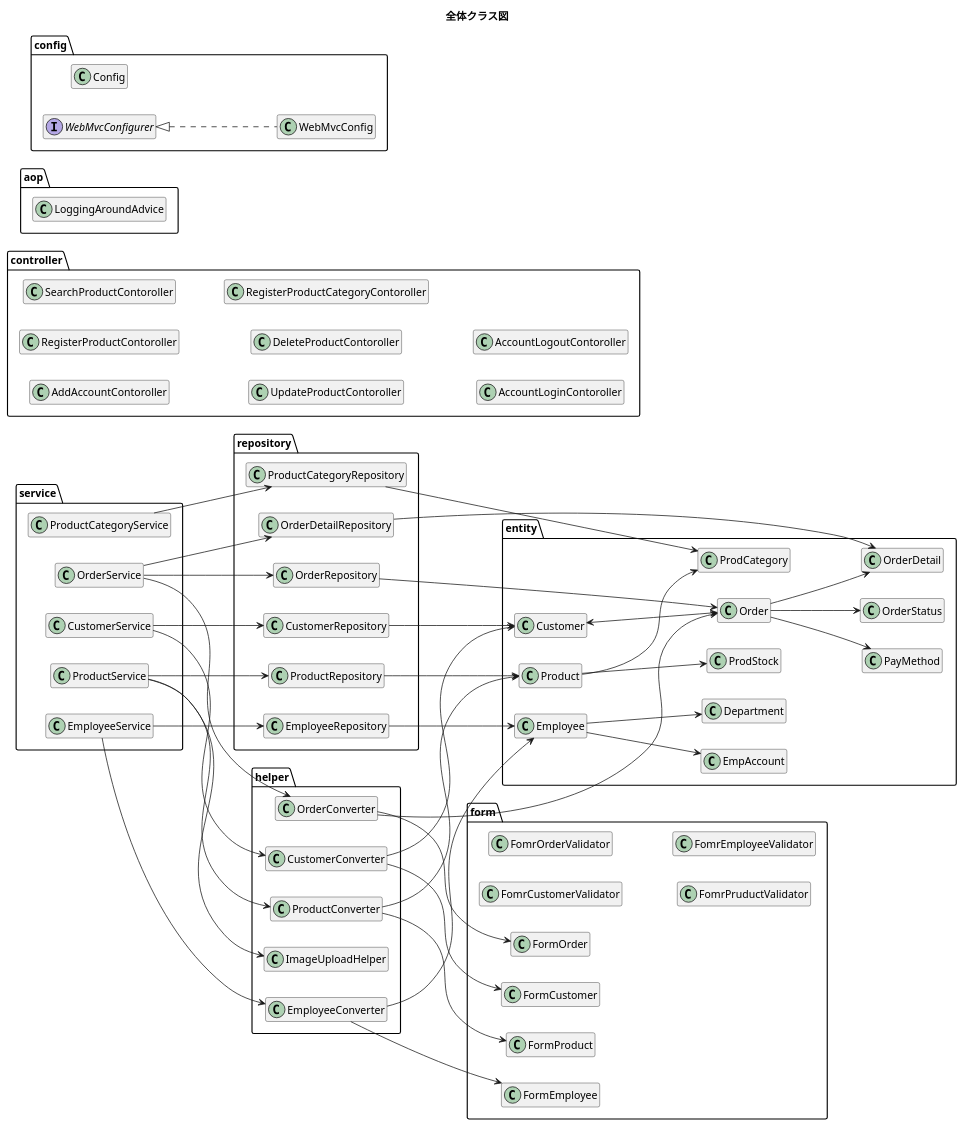
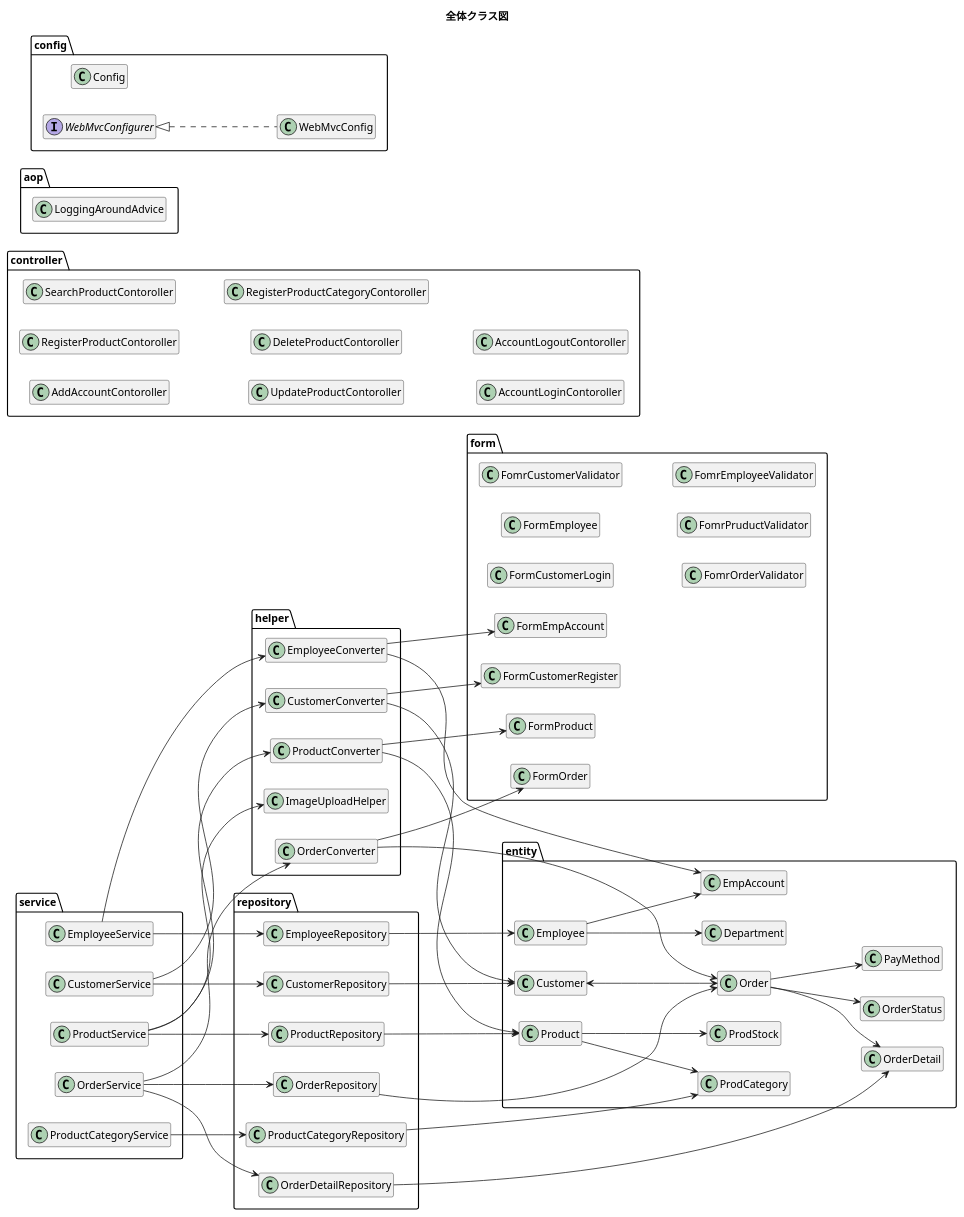
The diagram in plan/uml/class/all.plantuml (kanavii3333/ec-b), drawn with PlantUML before and after one commit. The commit also changed 10 other files, not shown here.

```diff
--- a/plan/uml/class/all.plantuml
+++ b/plan/uml/class/all.plantuml
@@ -1,191 +1,197 @@
 @startuml
 title 全体クラス図
 hide empty members
 left to right direction
 
 package entity{
     class Customer{
     }
 
     class Order{
     }
 
     class OrderDetail{
     }
 
     class OrderStatus{
     }
     
     class PayMethod{
     }
 
     class Product{
     }
 
     class ProdCategory{
     }
 
     class ProdStock{
     }
 
     class Employee{
     }
 
     class Department{
     }
 
     class EmpAccount{
     }
 }
 
 Customer <--> Order
 Order --> OrderStatus
 Order --> OrderDetail
 Order --> PayMethod
 Product --> ProdStock
 Product --> ProdCategory
 Employee --> EmpAccount
 Employee --> Department
 
 package form{
-    class FormCustomer{
+    class FormCustomerLogin{
+    }
+    
+    class FormCustomerRegister{
     }
 
     class FormOrder{
     }
 
     class FormProduct{
     }
 
     class FormEmployee{
+    }
+    
+    class FormEmpAccount{
     }
     
     class FomrCustomerValidator{
     }
     
     class FomrOrderValidator{
     }
     
     class FomrPruductValidator{
     }
     
     class FomrEmployeeValidator{
     }
 }
 
 package helper{
     class CustomerConverter{
     }
 
     class OrderConverter{
     }
 
     class ProductConverter{
     }
 
     class EmployeeConverter{
     }
     
     class ImageUploadHelper{
     }
 }
 CustomerConverter --> Customer
-CustomerConverter --> FormCustomer
+CustomerConverter --> FormCustomerRegister
 OrderConverter --> Order
 OrderConverter --> FormOrder
 ProductConverter --> Product
 ProductConverter --> FormProduct
-EmployeeConverter --> Employee
-EmployeeConverter --> FormEmployee
+EmployeeConverter --> EmpAccount
+EmployeeConverter --> FormEmpAccount
 
 package repository{
     class CustomerRepository{
     }
 
     class OrderRepository{
     }
 
     class ProductRepository{
     }
 
     class EmployeeRepository{
     }
 
     class ProductCategoryRepository{
     }
 
     class OrderDetailRepository{
     }
 }
 
 package service{
     class CustomerService{
     }
     
     class OrderService{
     }
     
     class ProductService{
     }
 
     class EmployeeService{
     }
     
     class ProductCategoryService{
     }
 }
 
 CustomerService --> CustomerConverter
 OrderService --> OrderConverter
 ProductService --> ProductConverter
 ProductService --> ImageUploadHelper
 EmployeeService --> EmployeeConverter
 
 CustomerService --> CustomerRepository
 OrderService --> OrderRepository
 OrderService --> OrderDetailRepository
 ProductService --> ProductRepository
 EmployeeService --> EmployeeRepository
 ProductCategoryService --> ProductCategoryRepository
 
 CustomerRepository --> Customer
 OrderRepository --> Order
 OrderDetailRepository --> OrderDetail
 ProductRepository --> Product
 EmployeeRepository --> Employee
 ProductCategoryRepository --> ProdCategory
 
 
 package controller{
     class AddAccountContoroller{
     }
     class RegisterProductContoroller{
     }
     class SearchProductContoroller{
     }
     class SearchProductContoroller{
     }
     class UpdateProductContoroller{
     }
     class DeleteProductContoroller{
     }
     class RegisterProductCategoryContoroller{
     }
     class AccountLoginContoroller{
     }
     class  AccountLogoutContoroller{
     }
 }
 
 package aop{
    class LoggingAroundAdvice {
    }
 }
 
 package config{
     class Config{
     }
     class WebMvcConfig implements WebMvcConfigurer {
     }
 }
 @enduml
```
